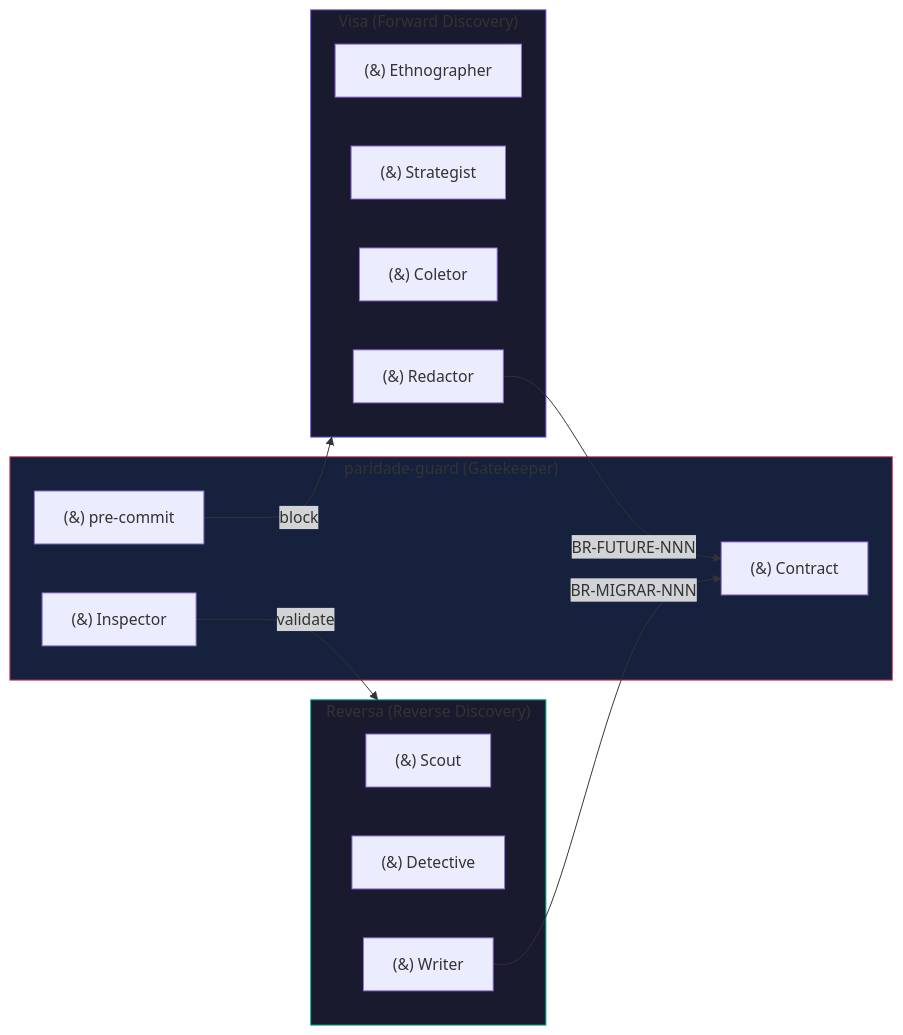
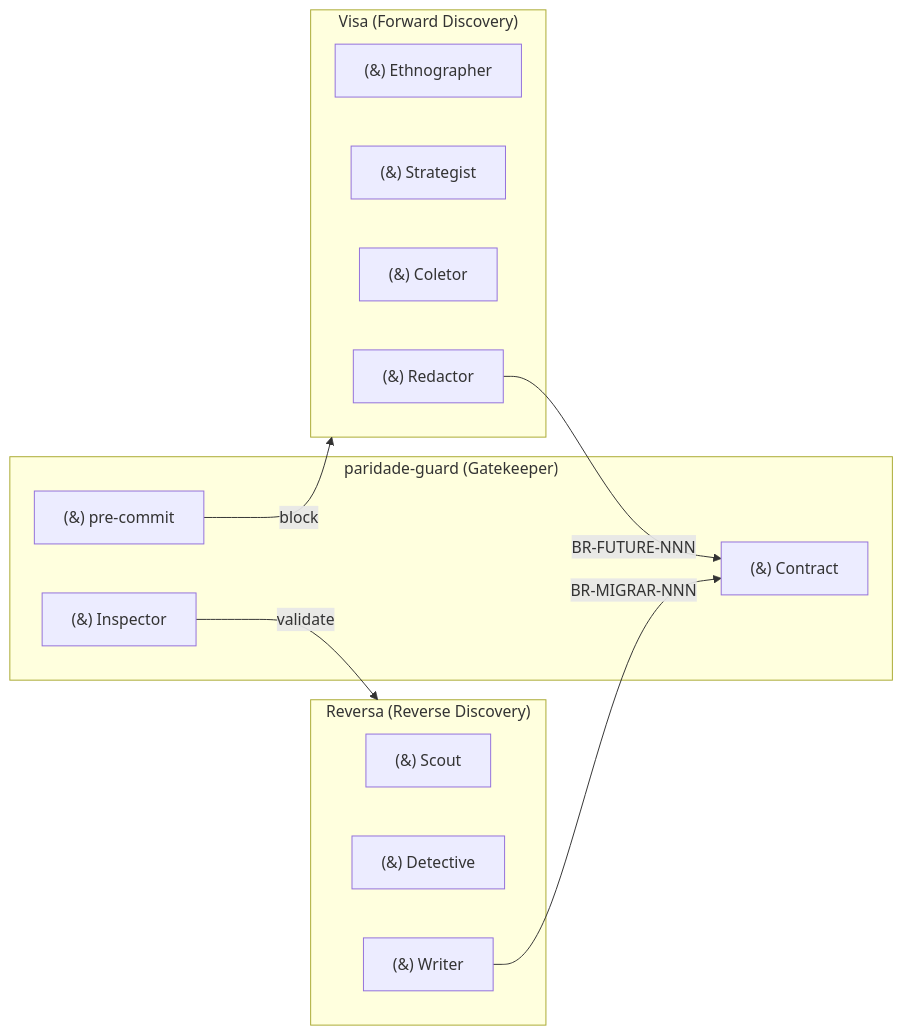
Before and after one commit to Adgmed2018/visa: the third of 3 diagrams in docs/pipeline.md, drawn with Mermaid. The commit also changed other lines of this file and 1 other file, not shown here.

Commit message:
Remove hardcoded node styles to use default mermaid theme

````diff
--- a/docs/pipeline.md
+++ b/docs/pipeline.md
@@ -170,30 +163,26 @@
 ```mermaid
 flowchart LR
     subgraph V["Visa (Forward Discovery)"]
         V1["(&) Ethnographer"]
         V2["(&) Strategist"]
         V3["(&) Coletor"]
         V4["(&) Redactor"]
     end
 
     subgraph PG["paridade-guard (Gatekeeper)"]
         PG1["(&) Contract"]
         PG2["(&) Inspector"]
         PG3["(&) pre-commit"]
     end
 
     subgraph R["Reversa (Reverse Discovery)"]
         R1["(&) Scout"]
 R2["(&) Detective"]
         R3["(&) Writer"]
     end
 
     V4 --> |"BR-FUTURE-NNN"| PG1
     R3 --> |"BR-MIGRAR-NNN"| PG1
     PG2 --> |"validate"| R
     PG3 --> |"block"| V
-
-    style V fill:#1a1a2e,stroke:#6c5ce7
-    style PG fill:#16213e,stroke:#e94560
-    style R fill:#1a1a2e,stroke:#00b894
 ```
````
